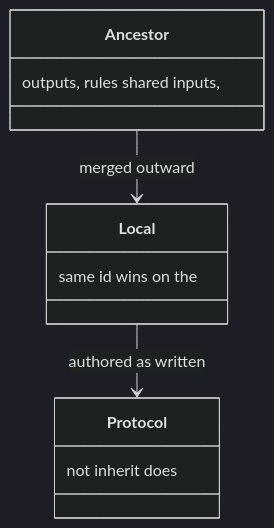
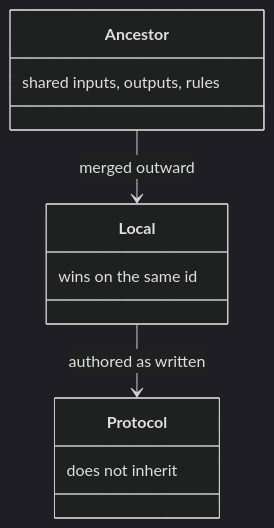
Diagram 12 of 14 in docs/technique.md (m2ux/workflow-server), drawn with Mermaid (dark theme) before and after one commit. The commit also changed other lines of this file and 10 other files, not shown here.

Commit message:
Write each class-box note in reading order so the diagram shows the phrase as written.

````diff
--- a/docs/technique.md
+++ b/docs/technique.md
@@ -308,14 +308,14 @@
 ```mermaid
 classDiagram
   class Ancestor {
-    outputs, rules shared inputs,
+    shared inputs, outputs, rules
   }
   class Local {
-    same id wins on the
+    wins on the same id
   }
   class Protocol {
-    not inherit does
+    does not inherit
   }
   Ancestor --> Local : merged outward
   Local --> Protocol : authored as written
 ```
````
